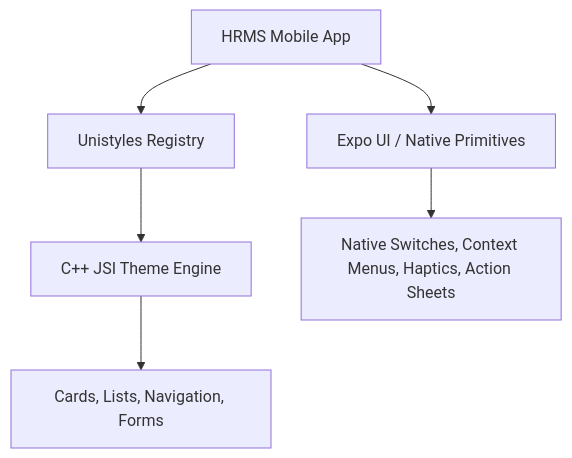
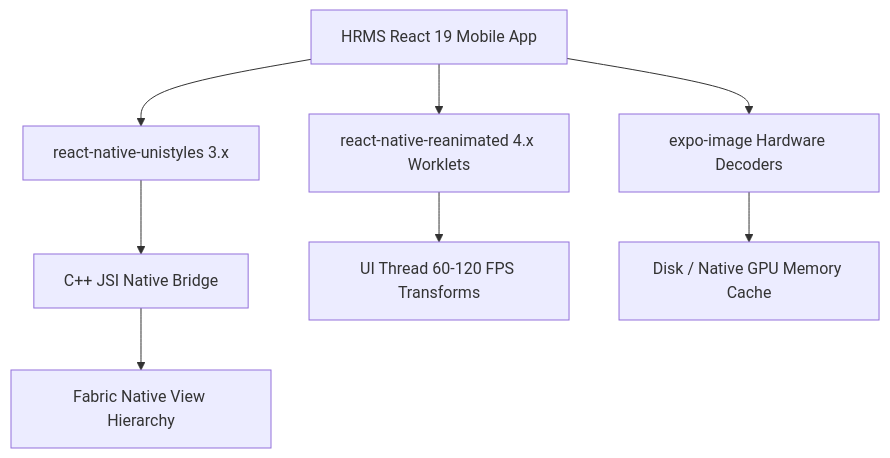
One commit to mengleangdeaun/react-hrm-app changed the diagram in docs/UI_ARCHITECTURE_GUIDE.md. Above: the diagram before and after it, drawn with Mermaid. The commit also changed other lines of this file and 7 other files, not shown here.

Commit message:
feat: add screen components and UI architecture guide for mobile HRM app

````diff
--- a/docs/UI_ARCHITECTURE_GUIDE.md
+++ b/docs/UI_ARCHITECTURE_GUIDE.md
@@ -13,10 +18,12 @@
 ```mermaid
 graph TD
-    App[HRMS Mobile App] --> Registry[Unistyles Registry]
-    App --> ExpoUI[Expo UI / Native Primitives]
+    App[HRMS React 19 Mobile App] --> UnistylesEngine[react-native-unistyles 3.x]
+    App --> ReanimatedEngine[react-native-reanimated 4.x Worklets]
+    App --> ExpoImageModule[expo-image Hardware Decoders]
     
-    Registry --> ThemeEngine[C++ JSI Theme Engine]
-    ThemeEngine --> CustomComponents[Cards, Lists, Navigation, Forms]
+    UnistylesEngine --> JSIBinder[C++ JSI Native Bridge]
+    JSIBinder --> NativeViews[Fabric Native View Hierarchy]
     
-    ExpoUI --> NativeComponents[Native Switches, Context Menus, Haptics, Action Sheets]
+    ReanimatedEngine --> UIThreadAnimations[UI Thread 60-120 FPS Transforms]
+    ExpoImageModule --> HardwareTextureCache[Disk / Native GPU Memory Cache]
 ```
````
